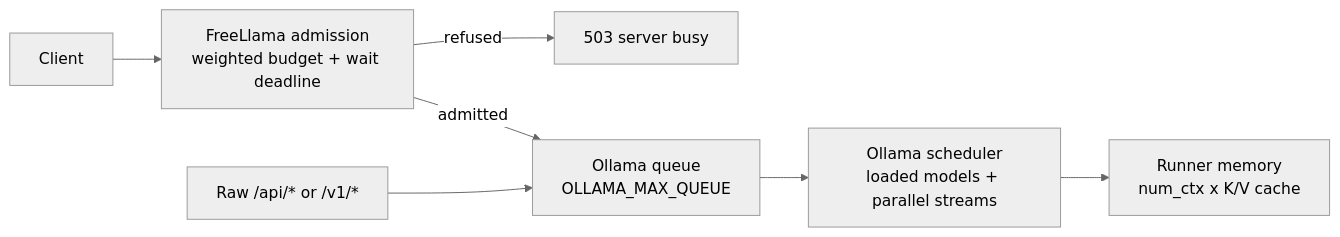
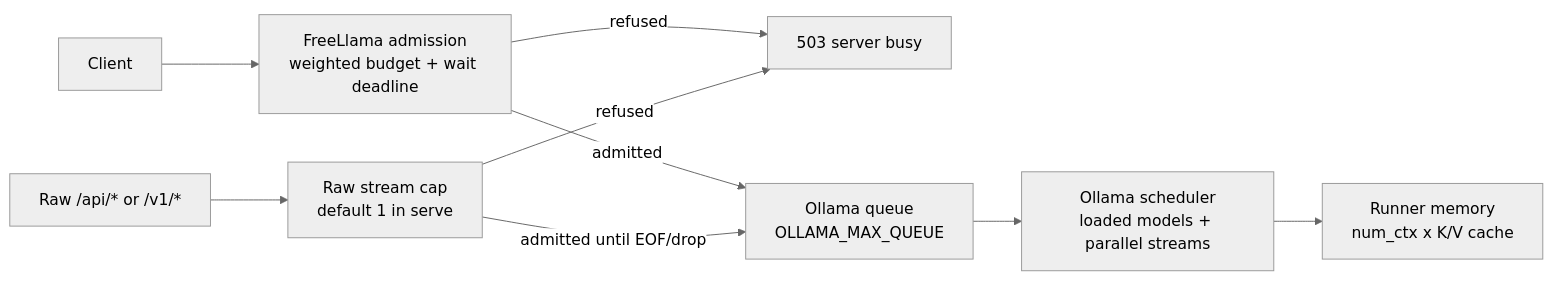
The diagram in docs/PRODUCTION.md (bgauryy/FreeLlama), drawn with Mermaid (neutral theme) before and after one commit. The commit also changed other lines of this file and 229 other files, not shown here.

````diff
--- a/docs/PRODUCTION.md
+++ b/docs/PRODUCTION.md
@@ -74,9 +88,11 @@
 ```mermaid
 flowchart LR
     C["Client"] --> FQ["FreeLlama admission<br/>weighted budget + wait deadline"]
     FQ -->|"refused"| E503["503 server busy"]
     FQ -->|"admitted"| OQ["Ollama queue<br/>OLLAMA_MAX_QUEUE"]
-    RAW["Raw /api/* or /v1/*"] --> OQ
+    RAW["Raw /api/* or /v1/*"] --> RC["Raw stream cap<br/>default 1 in serve"]
+    RC -->|"refused"| E503
+    RC -->|"admitted until EOF/drop"| OQ
     OQ --> S["Ollama scheduler<br/>loaded models + parallel streams"]
     S --> M["Runner memory<br/>num_ctx x K/V cache"]
 ```
````
